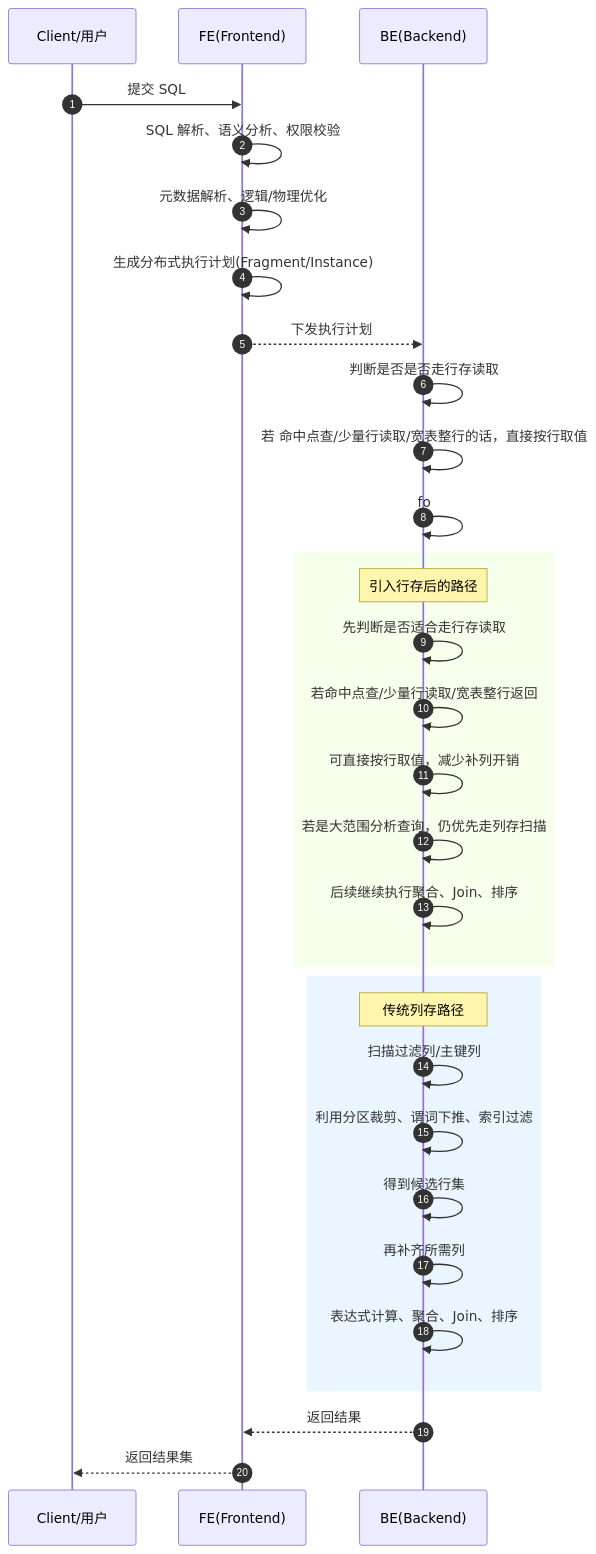
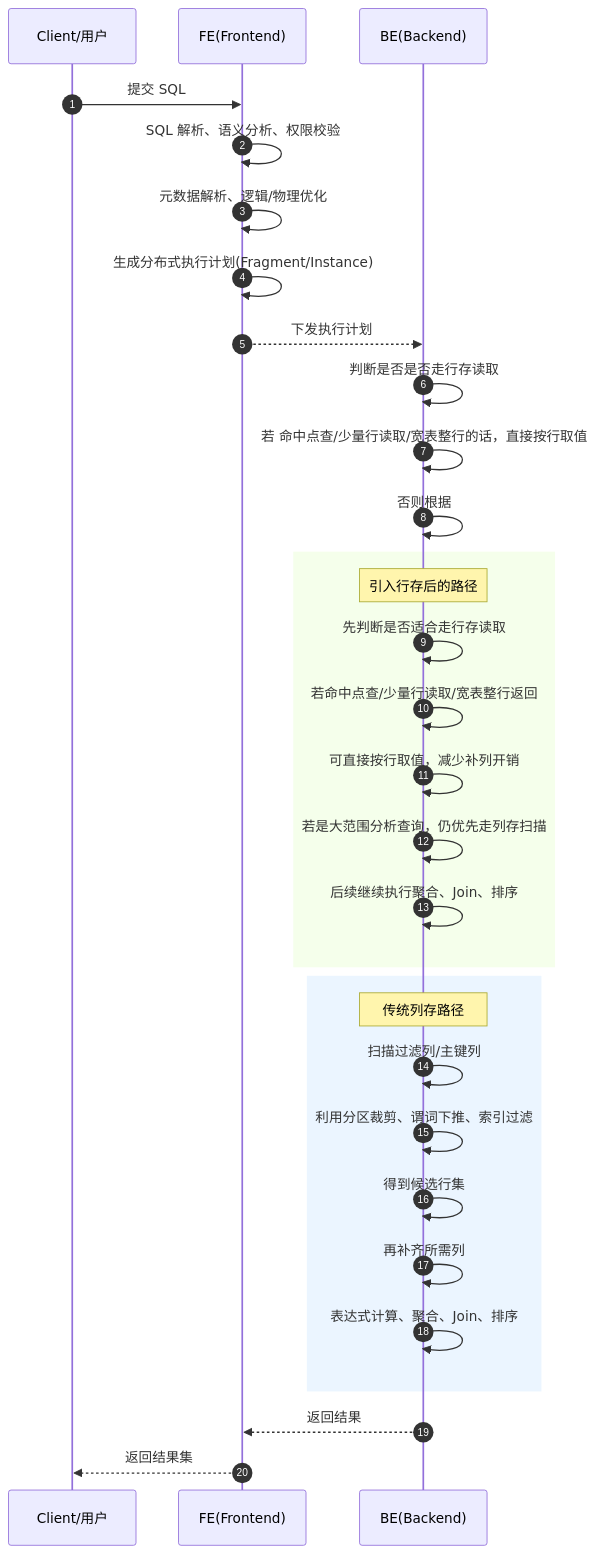
The diagram in all/未命名-4.md (HY-10-8/iodraw-files), drawn with Mermaid before and after one commit.

Commit message:
2026-04-22 17:46:12 update

````diff
--- a/all/未命名-4.md
+++ b/all/未命名-4.md
@@ -1,52 +1,52 @@
 ```mermaid
 sequenceDiagram
     autonumber
 
     participant Client as Client/用户
     participant FE as FE(Frontend)
     participant BE as BE(Backend)
     
     Client->>FE: 提交 SQL
     FE->>FE: SQL 解析、语义分析、权限校验
     FE->>FE: 元数据解析、逻辑/物理优化
     FE->>FE: 生成分布式执行计划(Fragment/Instance)
     FE-->>BE: 下发执行计划
 
     BE->>BE: 判断是否是否走行存读取
     BE->>BE: 若 命中点查/少量行读取/宽表整行的话，直接按行取值
-    BE->>BE: fo
+    BE->>BE: 否则根据
 
 
 
 
     rect rgb(245,255,235)
         Note over BE: 引入行存后的路径
         BE->>BE: 先判断是否适合走行存读取
         BE->>BE: 若命中点查/少量行读取/宽表整行返回
         BE->>BE: 可直接按行取值，减少补列开销
         BE->>BE: 若是大范围分析查询，仍优先走列存扫描
         BE->>BE: 后续继续执行聚合、Join、排序
     end
 
 
     rect rgb(235,245,255)
         Note over BE: 传统列存路径
         BE->>BE: 扫描过滤列/主键列
         BE->>BE: 利用分区裁剪、谓词下推、索引过滤
         BE->>BE: 得到候选行集
         BE->>BE: 再补齐所需列
         BE->>BE: 表达式计算、聚合、Join、排序
     end
 
     BE-->>FE: 返回结果
     FE-->>Client: 返回结果集
 
 
 
 
 
 
 
 
 
 ```
````
